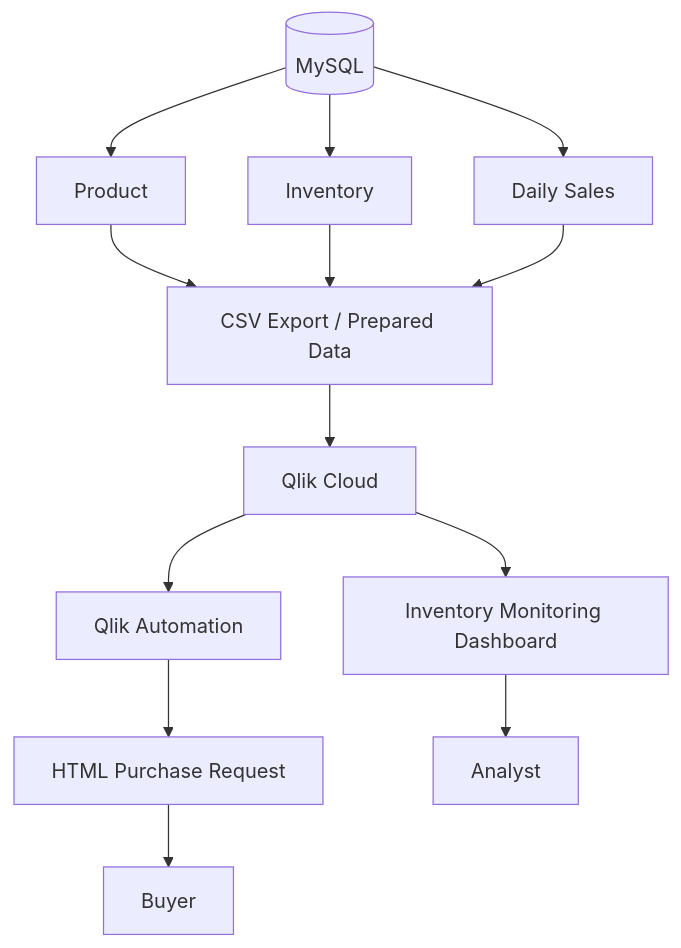
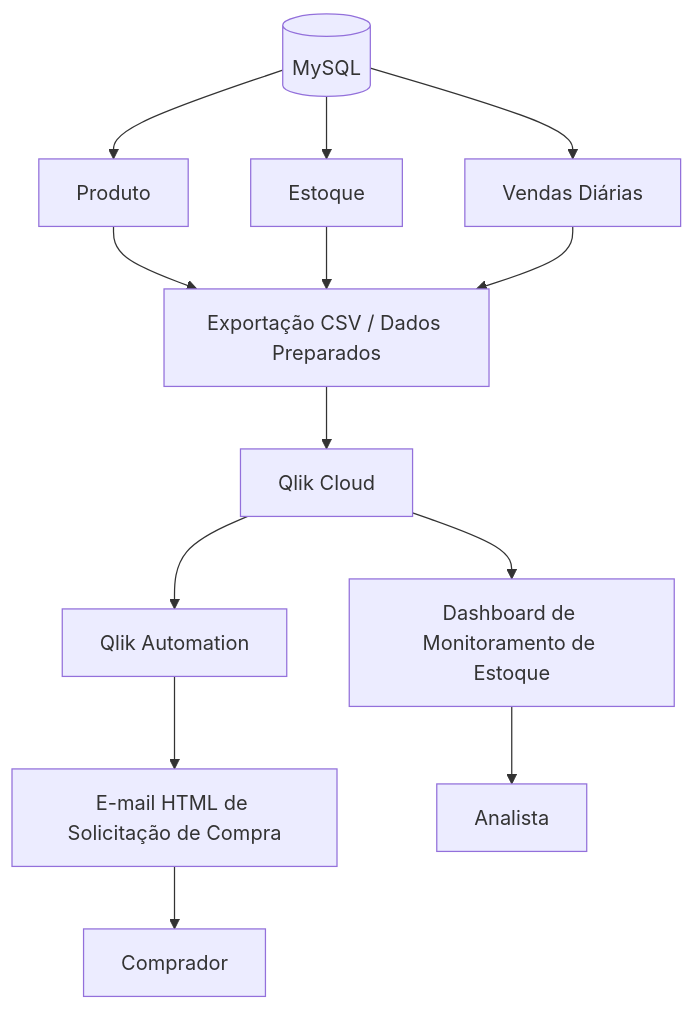
The diagram in README.md (felipennuness/stockguard-inventory-monitoring), drawn with Mermaid before and after one commit. The commit also changed other lines of this file, not shown here.

````diff
--- a/README.md
+++ b/README.md
@@ -106,27 +106,27 @@
 ```mermaid
 flowchart TD
     A[(MySQL)]
-    B[Product]
-    C[Inventory]
-    D[Daily Sales]
-    E[CSV Export / Prepared Data]
+    B[Produto]
+    C[Estoque]
+    D[Vendas Diárias]
+    E[Exportação CSV / Dados Preparados]
     F[Qlik Cloud]
-    G[Inventory Monitoring Dashboard]
+    G[Dashboard de Monitoramento de Estoque]
     H[Qlik Automation]
-    I[HTML Purchase Request]
-    J[Analyst]
-    K[Buyer]
+    I[E-mail HTML de Solicitação de Compra]
+    J[Analista]
+    K[Comprador]
 
     A --> B
     A --> C
     A --> D
     B --> E
     C --> E
     D --> E
     E --> F
     F --> G
     F --> H
     G --> J
     H --> I
     I --> K
 ```
````
